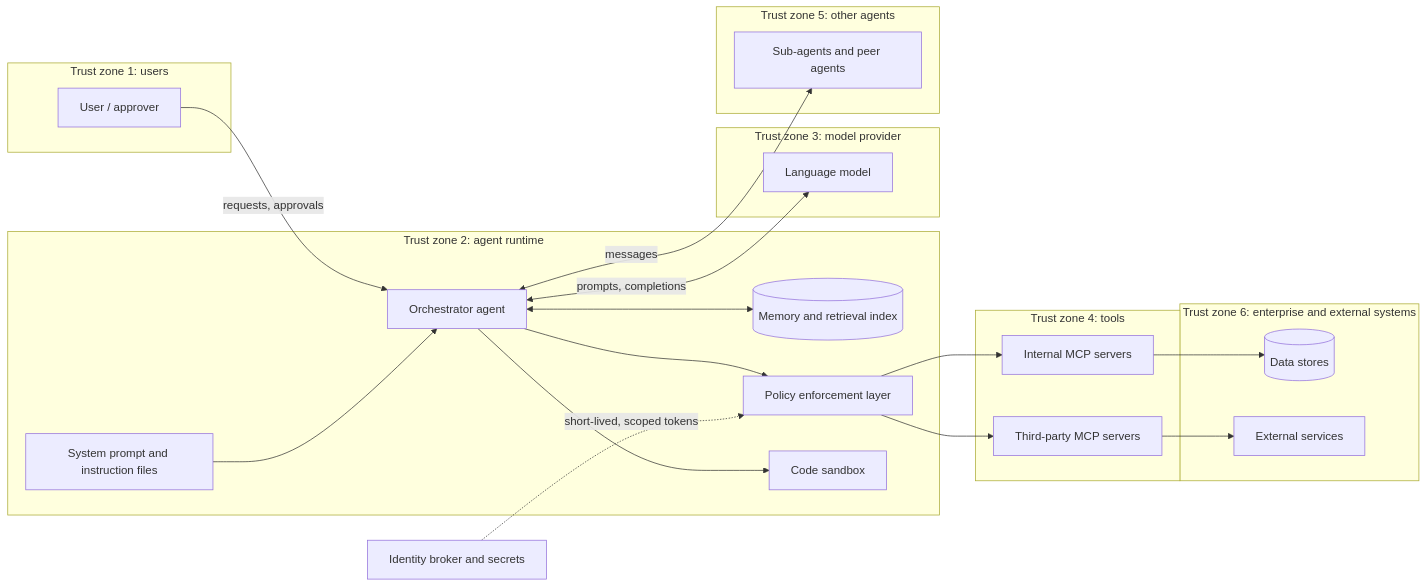
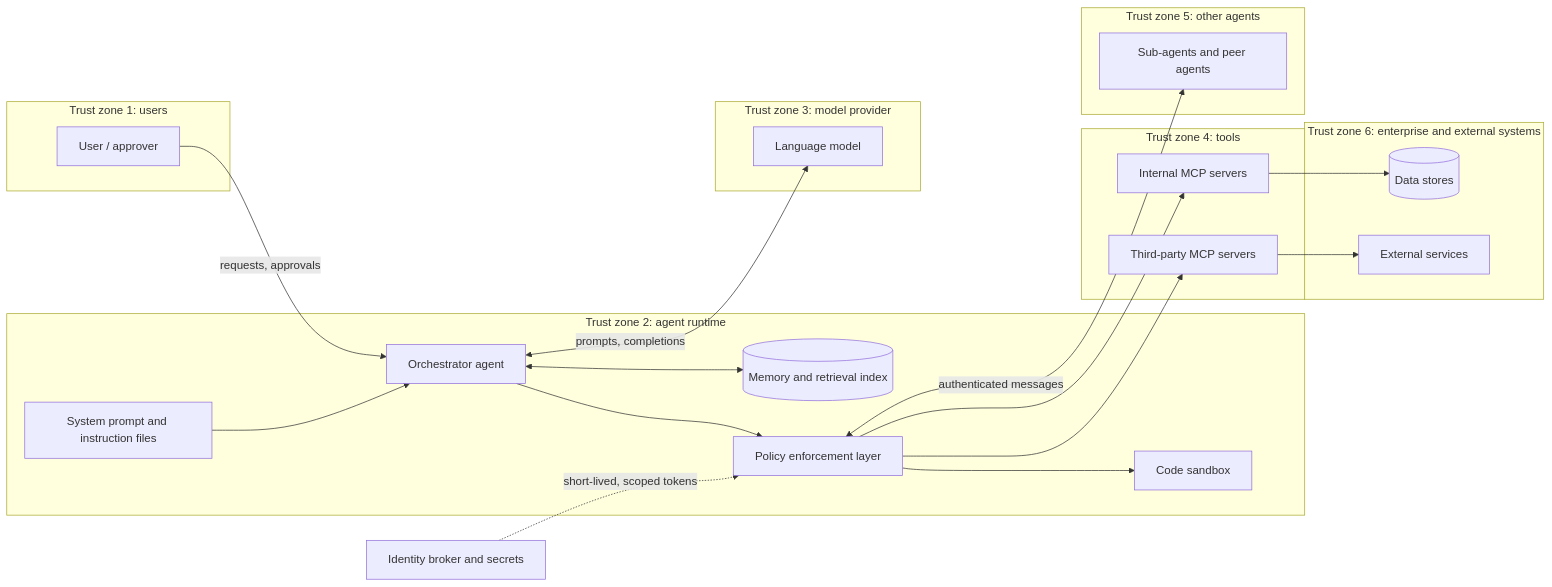
One commit to thenayanhazra/ai-security-governance changed the diagram in threat-models/agentic-ai-reference-threat-model.md. Above: the diagram before and after it, drawn with Mermaid. The commit also changed other lines of this file and 11 other files, not shown here.

Commit message:
Phase 1: add impact triggers, complete crosswalk references, fix KRI/diagram consistency and harden validator

````diff
--- a/threat-models/agentic-ai-reference-threat-model.md
+++ b/threat-models/agentic-ai-reference-threat-model.md
@@ -9,41 +9,41 @@
 ```mermaid
 flowchart LR
   subgraph Z1["Trust zone 1: users"]
     U["User / approver"]
   end
   subgraph Z2["Trust zone 2: agent runtime"]
     O["Orchestrator agent"]
     P["System prompt and instruction files"]
     M[("Memory and retrieval index")]
     PL["Policy enforcement layer"]
     S["Code sandbox"]
   end
   subgraph Z3["Trust zone 3: model provider"]
     L["Language model"]
   end
   subgraph Z4["Trust zone 4: tools"]
     T1["Internal MCP servers"]
     T2["Third-party MCP servers"]
   end
   subgraph Z5["Trust zone 5: other agents"]
     A2["Sub-agents and peer agents"]
   end
   subgraph Z6["Trust zone 6: enterprise and external systems"]
     D[("Data stores")]
     X["External services"]
   end
   ID["Identity broker and secrets"]
 
   U -- "requests, approvals" --> O
   P --> O
   O <-- "prompts, completions" --> L
   O <--> M
   O --> PL
   PL --> T1
   PL --> T2
-  O <-- "messages" --> A2
-  O --> S
+  PL <-- "authenticated messages" --> A2
+  PL --> S
   T1 --> D
   T2 --> X
   ID -. "short-lived, scoped tokens" .-> PL
 ```
````
